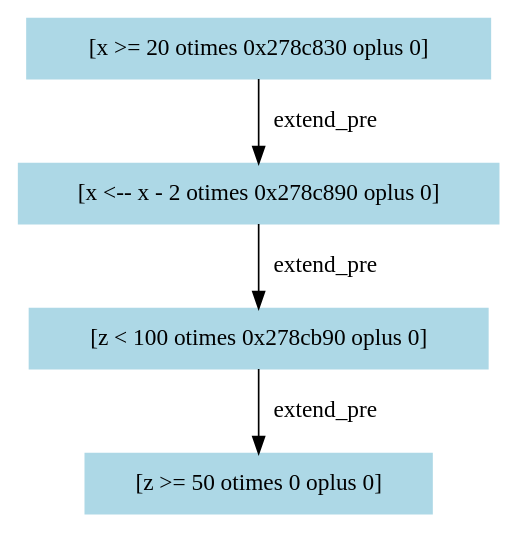
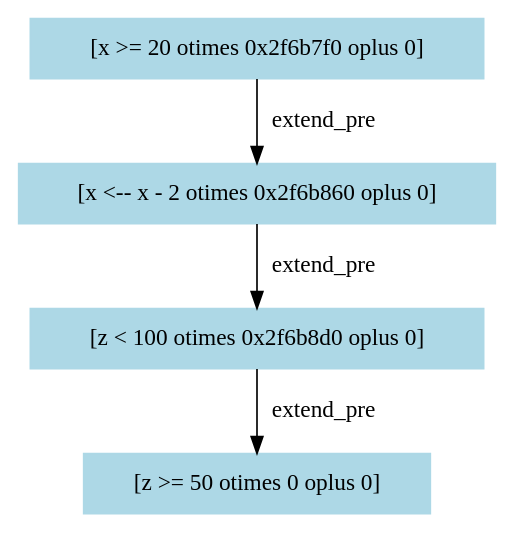
One commit to RangerBu/st-checker changed the diagram in outputs/weights-graphs/15.dot. Above: the diagram before and after it, drawn with Graphviz. The commit also changed 64 other files, not shown here.

```diff
--- a/outputs/weights-graphs/15.dot
+++ b/outputs/weights-graphs/15.dot
@@ -1,9 +1,9 @@
 digraph "[ELSIF x < 10 THEN]" {
-"0x278c7d0" [label="[x >= 20 otimes 0x278c830 oplus 0]", color=lightblue,style=filled,shape=box]
-"0x278c7d0" -> "0x278c830" [label=extend_pre,color=black]
-"0x278c830" [label="[x <-- x - 2 otimes 0x278c890 oplus 0]", color=lightblue,style=filled,shape=box]
-"0x278c830" -> "0x278c890" [label=extend_pre,color=black]
-"0x278c890" [label="[z < 100 otimes 0x278cb90 oplus 0]", color=lightblue,style=filled,shape=box]
-"0x278c890" -> "0x278cb90" [label=extend_pre,color=black]
-"0x278cb90" [label="[z >= 50 otimes 0 oplus 0]", color=lightblue,style=filled,shape=box]
+"0x2f6b570" [label="[x >= 20 otimes 0x2f6b7f0 oplus 0]", color=lightblue,style=filled,shape=box]
+"0x2f6b570" -> "0x2f6b7f0" [label=extend_pre,color=black]
+"0x2f6b7f0" [label="[x <-- x - 2 otimes 0x2f6b860 oplus 0]", color=lightblue,style=filled,shape=box]
+"0x2f6b7f0" -> "0x2f6b860" [label=extend_pre,color=black]
+"0x2f6b860" [label="[z < 100 otimes 0x2f6b8d0 oplus 0]", color=lightblue,style=filled,shape=box]
+"0x2f6b860" -> "0x2f6b8d0" [label=extend_pre,color=black]
+"0x2f6b8d0" [label="[z >= 50 otimes 0 oplus 0]", color=lightblue,style=filled,shape=box]
 }
```
